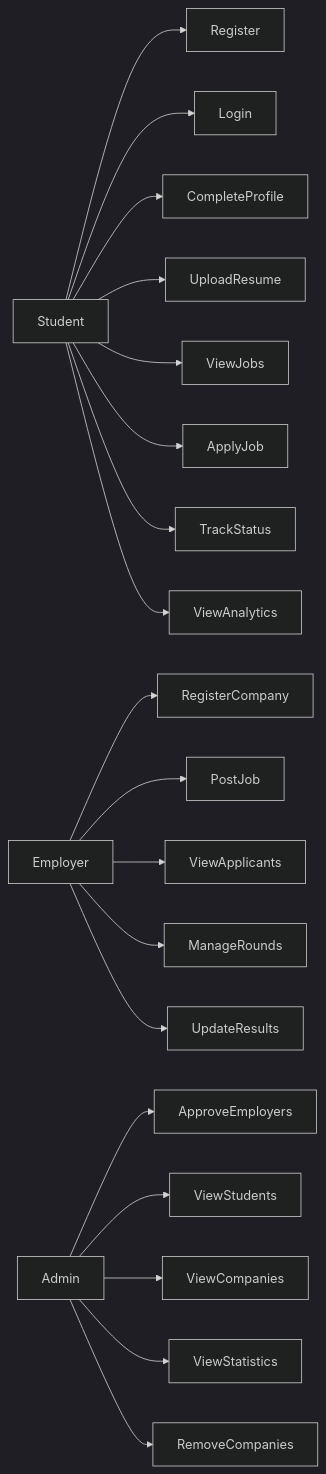
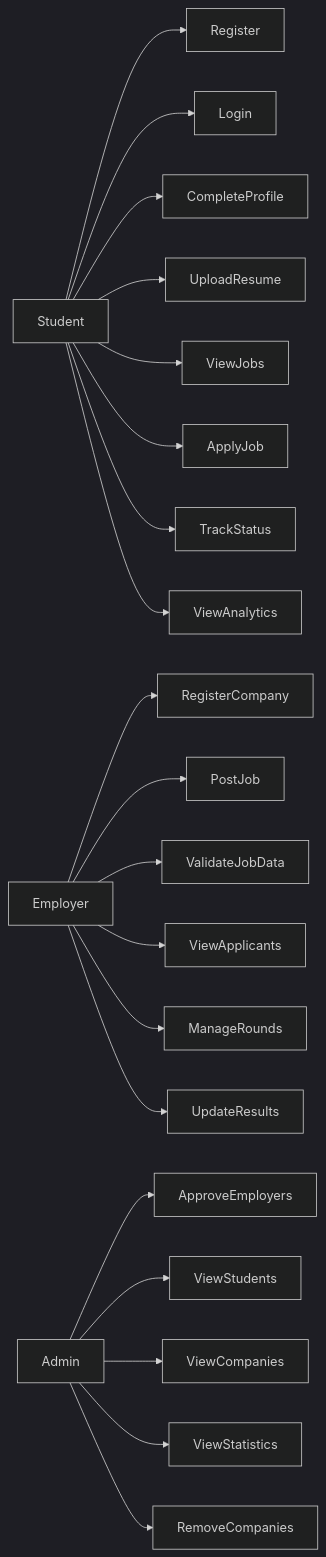
Before and after one commit to Fahim-004/Team_04_JavaFS: the diagram in instructions/Documentation/use_case_diagram.md, drawn with Mermaid (dark theme). The commit also changed other lines of this file and 5 other files, not shown here.

````diff
--- a/instructions/Documentation/use_case_diagram.md
+++ b/instructions/Documentation/use_case_diagram.md
@@ -16,24 +17,25 @@
 ```mermaid
 flowchart LR
 
     Student --> Register
     Student --> Login
     Student --> CompleteProfile
     Student --> UploadResume
     Student --> ViewJobs
     Student --> ApplyJob
     Student --> TrackStatus
     Student --> ViewAnalytics
 
     Employer --> RegisterCompany
     Employer --> PostJob
+    Employer --> ValidateJobData
     Employer --> ViewApplicants
     Employer --> ManageRounds
     Employer --> UpdateResults
 
     Admin --> ApproveEmployers
     Admin --> ViewStudents
     Admin --> ViewCompanies
     Admin --> ViewStatistics
     Admin --> RemoveCompanies
 ```
````
